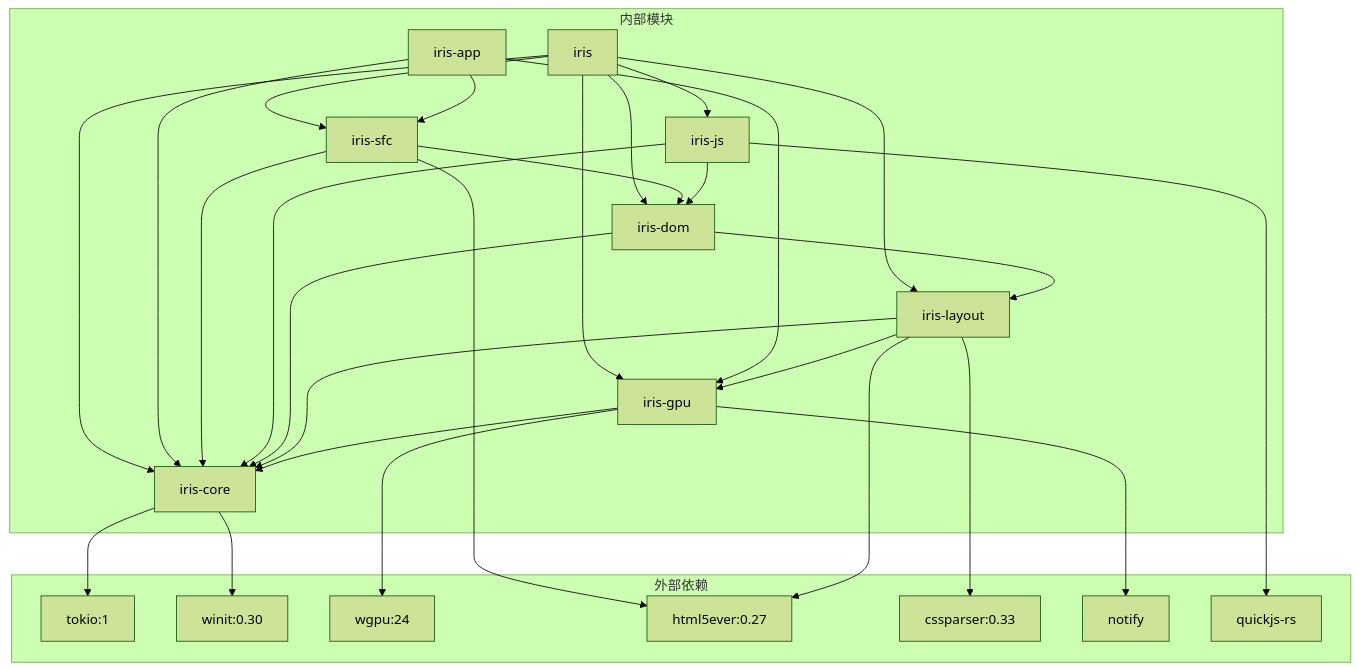
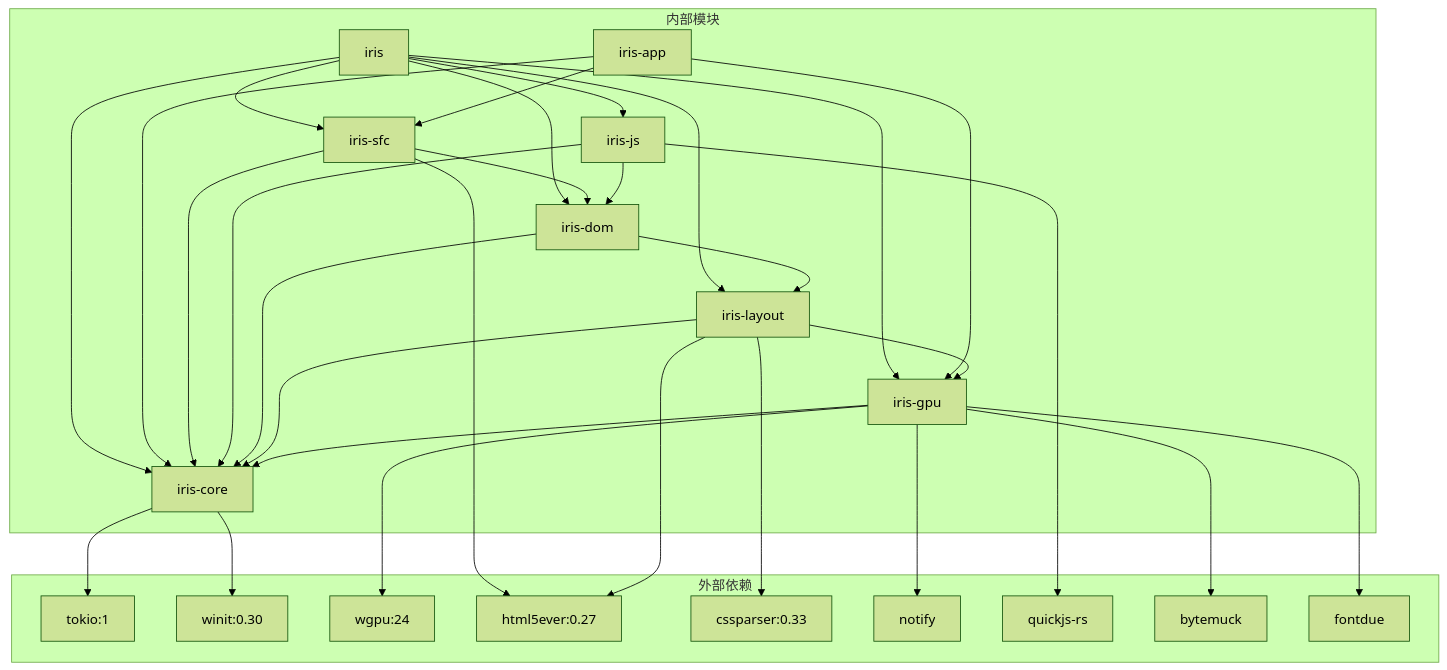
One commit to itszzl-sudo/iris changed diagram 16 of 17 in .qoder/repowiki/zh/content/技术架构详解/整体架构设计/Rust工作区架构.md. Above: the diagram before and after it, drawn with Mermaid (forest theme). The commit also changed other lines of this file and 5 other files, not shown here.

````diff
--- a/.qoder/repowiki/zh/content/技术架构详解/整体架构设计/Rust工作区架构.md
+++ b/.qoder/repowiki/zh/content/技术架构详解/整体架构设计/Rust工作区架构.md
@@ -636,48 +695,52 @@
 ```mermaid
 graph TB
 subgraph "外部依赖"
 Tokio[tokio:1]
 Winit[winit:0.30]
 Wgpu[wgpu:24]
 Html5ever[html5ever:0.27]
 Cssparser[cssparser:0.33]
 Notify[notify]
 QuickJS[quickjs-rs]
+Bytemuck[bytemuck]
+Fontdue[fontdue]
 end
 subgraph "内部模块"
 Core[iris-core]
 Gpu[iris-gpu]
 Layout[iris-layout]
 Dom[iris-dom]
 Js[iris-js]
 Sfc[iris-sfc]
 App[iris-app]
 Iris[iris]
 end
 Core --> Tokio
 Core --> Winit
 Gpu --> Wgpu
 Gpu --> Core
 Gpu --> Notify
+Gpu --> Bytemuck
+Gpu --> Fontdue
 Layout --> Html5ever
 Layout --> Cssparser
 Layout --> Core
 Layout --> Gpu
 Dom --> Core
 Dom --> Layout
 Js --> QuickJS
 Js --> Core
 Js --> Dom
 Sfc --> Html5ever
 Sfc --> Core
 Sfc --> Dom
 App --> Core
 App --> Gpu
 App --> Sfc
 Iris --> Core
 Iris --> Gpu
 Iris --> Layout
 Iris --> Dom
 Iris --> Js
 Iris --> Sfc
 ```
````
